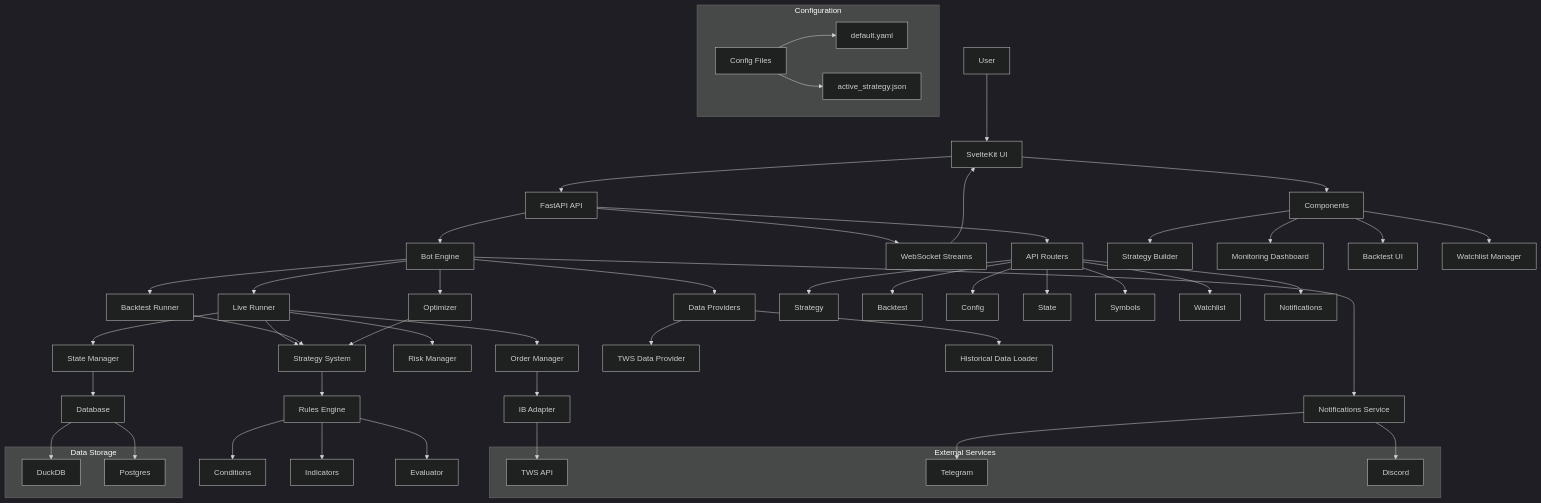
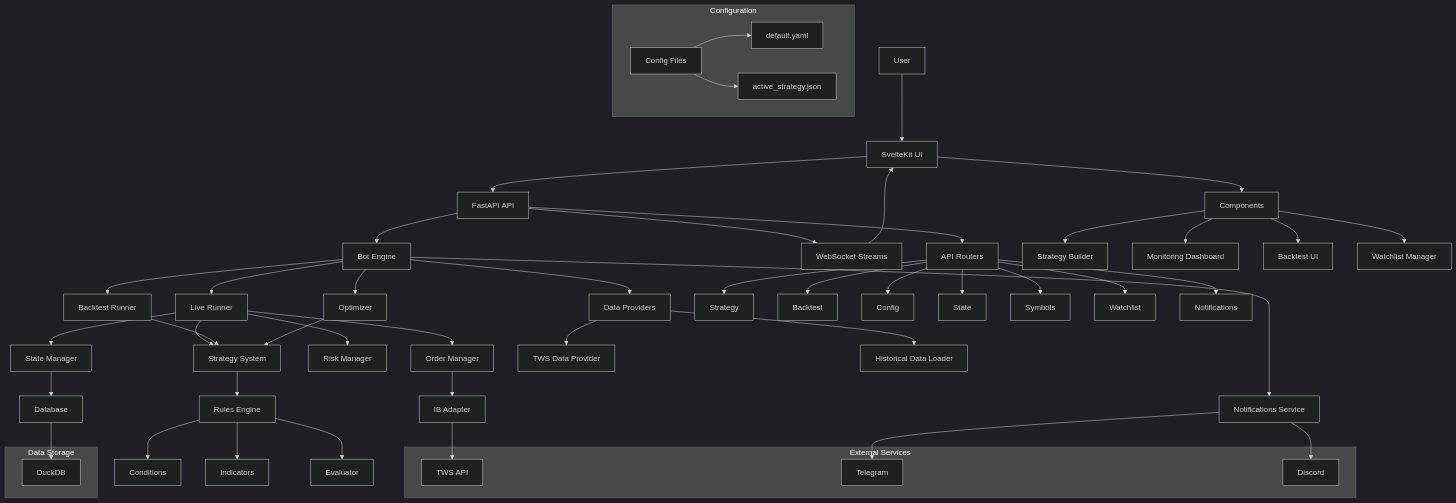
One commit to Boostao/tws_tradingbot changed the diagram in architecture.md. Above: the diagram before and after it, drawn with Mermaid (dark theme). The commit also changed 10 other files, not shown here.

````diff
--- a/architecture.md
+++ b/architecture.md
@@ -5,72 +5,70 @@
 ```mermaid
 graph TD
     A[User] --> B[SvelteKit UI]
     B --> C[FastAPI API]
     C --> D[Bot Engine]
     C --> E[WebSocket Streams]
     E --> B
 
     D --> F[Live Runner]
     D --> G[Backtest Runner]
     D --> H[Optimizer]
 
     F --> I[Strategy System]
     G --> I
     H --> I
 
     I --> J[Rules Engine]
     J --> K[Conditions]
     J --> L[Indicators]
     J --> M[Evaluator]
 
     F --> N[Order Manager]
     F --> O[Risk Manager]
     F --> P[State Manager]
 
     N --> Q[IB Adapter]
     Q --> R[TWS API]
 
     P --> S[Database]
     S --> T[DuckDB]
-    S --> U[Postgres]
 
     D --> V[Data Providers]
     V --> W[TWS Data Provider]
     V --> X[Historical Data Loader]
 
     C --> Y[API Routers]
     Y --> Z[Strategy]
     Y --> AA[Backtest]
     Y --> BB[Config]
     Y --> CC[State]
     Y --> DD[Symbols]
     Y --> EE[Watchlist]
     Y --> FF[Notifications]
 
     B --> GG[Components]
     GG --> HH[Strategy Builder]
     GG --> II[Monitoring Dashboard]
     GG --> JJ[Backtest UI]
     GG --> KK[Watchlist Manager]
 
     D --> LL[Notifications Service]
     LL --> MM[Telegram]
     LL --> NN[Discord]
 
     subgraph "External Services"
         R
         MM
         NN
     end
 
     subgraph "Data Storage"
         T
-        U
     end
 
     subgraph "Configuration"
         OO[Config Files]
         OO --> PP[default.yaml]
         OO --> QQ[active_strategy.json]
     end
 ```
````
